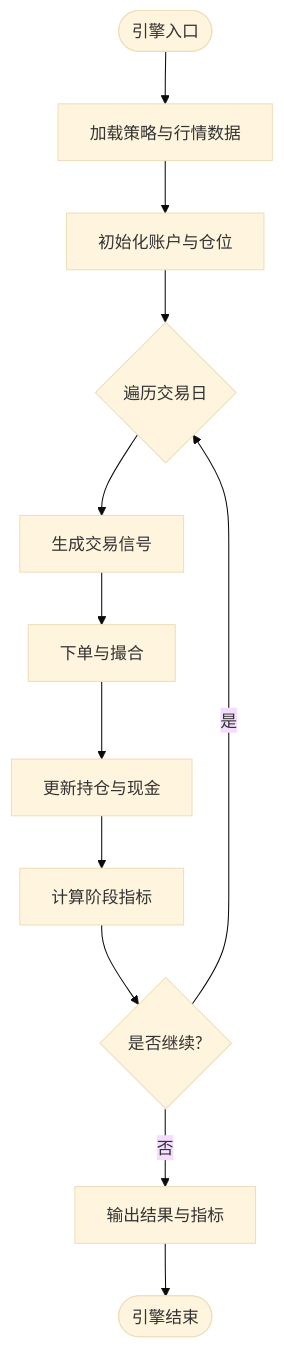
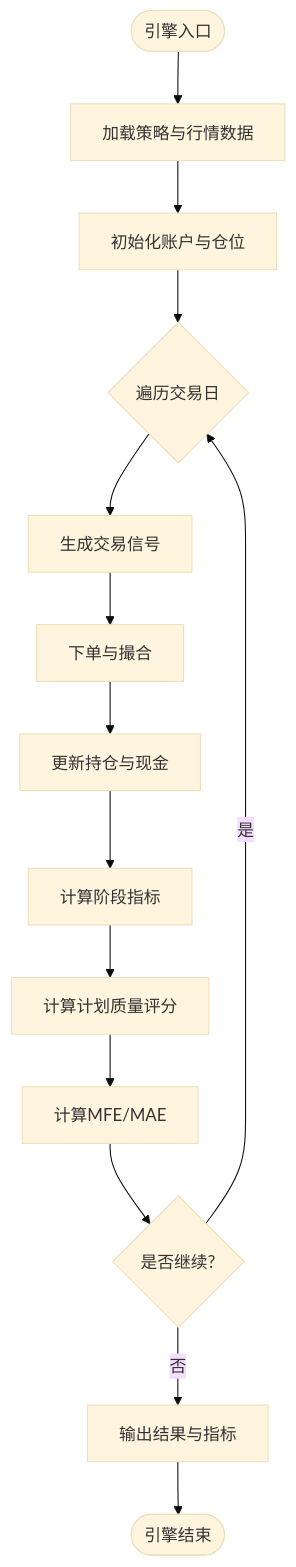
The seventh of 9 diagrams in .qoder/repowiki/zh/content/API参考文档/回测系统API.md (anYaoooo/daily_stock_analysis), drawn with Mermaid (base theme) before and after one commit. The commit also changed other lines of this file and 140 other files, not shown here.

````diff
--- a/.qoder/repowiki/zh/content/API参考文档/回测系统API.md
+++ b/.qoder/repowiki/zh/content/API参考文档/回测系统API.md
@@ -403,14 +407,16 @@
 ```mermaid
 flowchart TD
 EStart(["引擎入口"]) --> LoadData["加载策略与行情数据"]
 LoadData --> Init["初始化账户与仓位"]
 Init --> Loop{"遍历交易日"}
 Loop --> Signal["生成交易信号"]
 Signal --> Order["下单与撮合"]
 Order --> Update["更新持仓与现金"]
 Update --> Metrics["计算阶段指标"]
-Metrics --> Next{"是否继续?"}
+Metrics --> Quality["计算计划质量评分"]
+Quality --> MFE_MAE["计算MFE/MAE"]
+MFE_MAE --> Next{"是否继续?"}
 Next --> |是| Loop
 Next --> |否| Output["输出结果与指标"]
 Output --> EEnd(["引擎结束"])
 ```
````
